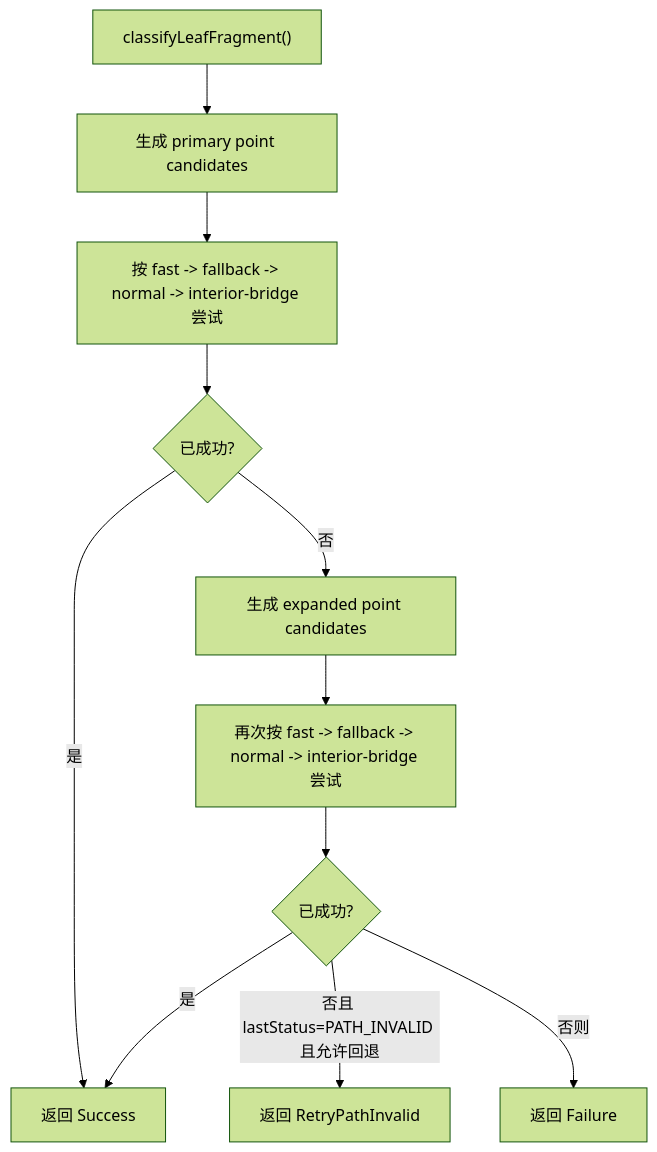
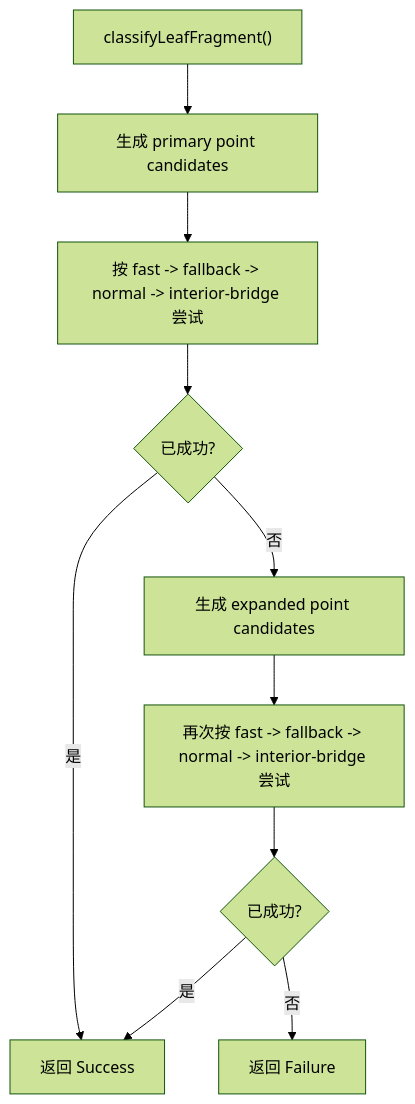
One commit to SDU-YueQiu/re-EMBER changed the tenth of 11 diagrams in docs/core-logic-flow.md. Above: the diagram before and after it, drawn with Mermaid (forest theme). The commit also changed other lines of this file and 4 other files, not shown here.

````diff
--- a/docs/core-logic-flow.md
+++ b/docs/core-logic-flow.md
@@ -309,13 +309,12 @@
 ```mermaid
 flowchart TD
     A["classifyLeafFragment()"] --> B["生成 primary point candidates"]
     B --> C["按 fast -> fallback -> normal -> interior-bridge 尝试"]
     C --> D{"已成功?"}
     D -->|是| E["返回 Success"]
     D -->|否| F["生成 expanded point candidates"]
     F --> G["再次按 fast -> fallback -> normal -> interior-bridge 尝试"]
     G --> H{"已成功?"}
     H -->|是| E
-    H -->|否且 lastStatus=PATH_INVALID 且允许回退| I["返回 RetryPathInvalid"]
-    H -->|否则| J["返回 Failure"]
+    H -->|否| J["返回 Failure"]
 ```
````
